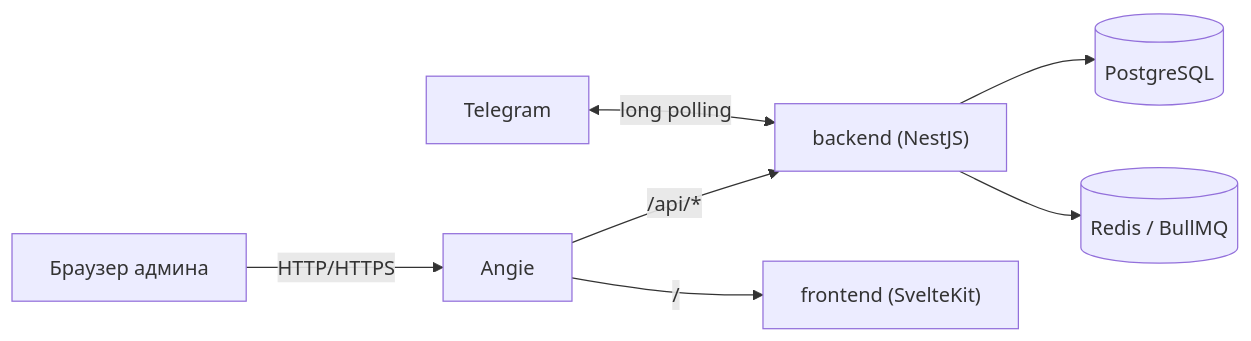
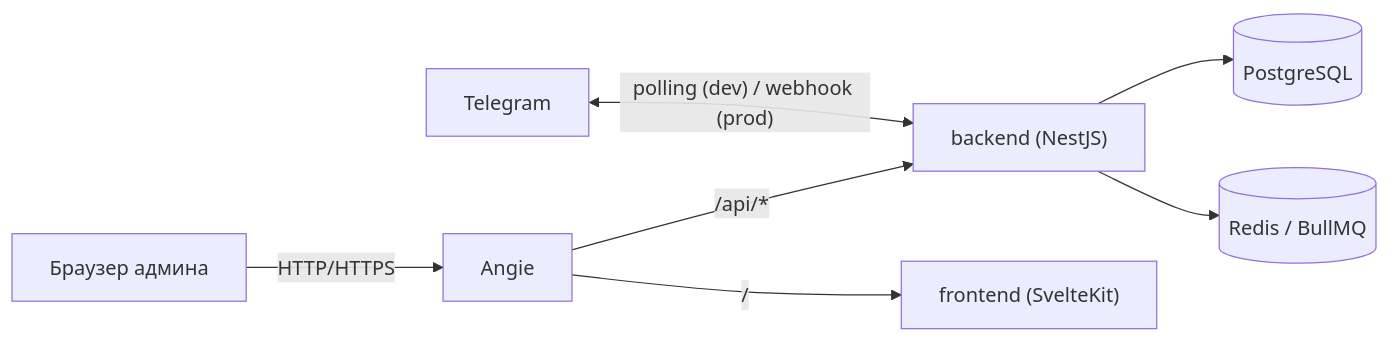
Before and after one commit to ShudrikNikolai/blind-battle: the first of 2 diagrams in README.md, drawn with Mermaid. The commit also changed other lines of this file and 91 other files, not shown here.

````diff
--- a/README.md
+++ b/README.md
@@ -41,9 +38,9 @@
 ```mermaid
 flowchart LR
     Admin["Браузер админа"] -->|"HTTP/HTTPS"| Angie
     Angie -->|"/api/*"| Backend["backend (NestJS)"]
     Angie -->|"/"| Frontend["frontend (SvelteKit)"]
-    Telegram["Telegram"] <-->|"long polling"| Backend
+    Telegram["Telegram"] <-->|"polling (dev) / webhook (prod)"| Backend
     Backend --> PG[("PostgreSQL")]
     Backend --> Redis[("Redis / BullMQ")]
 ```
````
